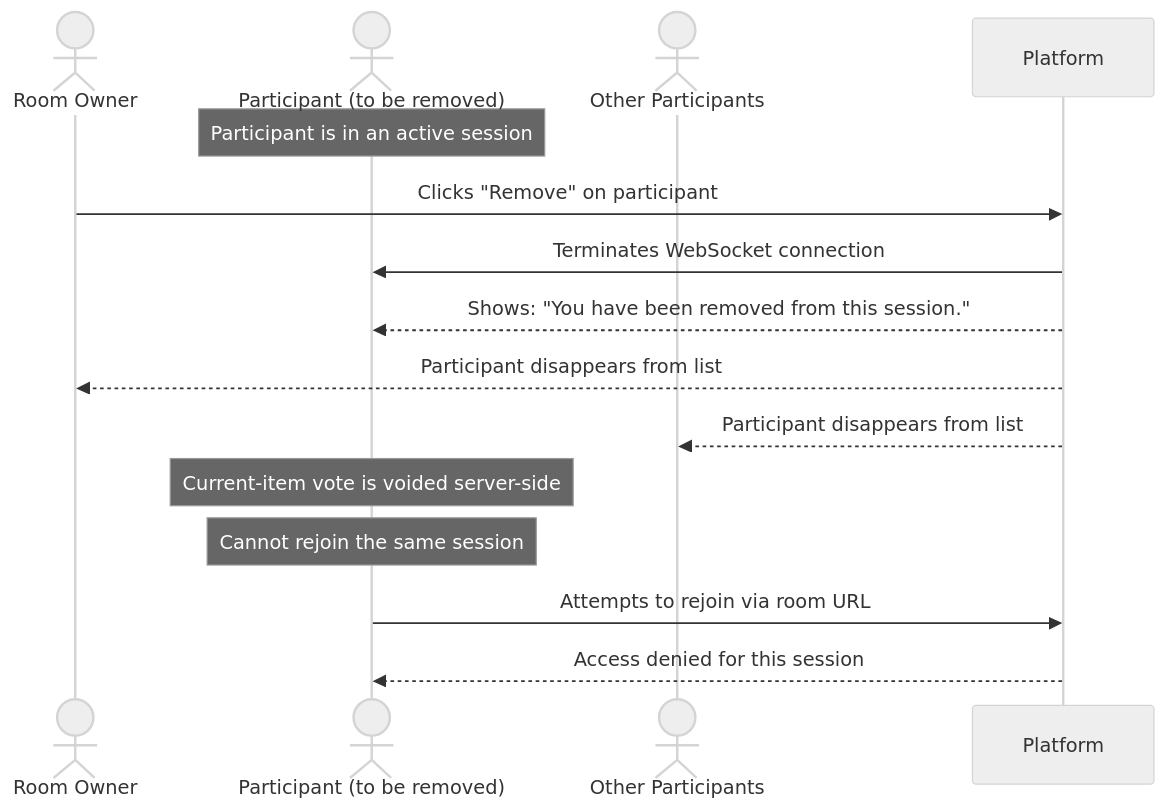
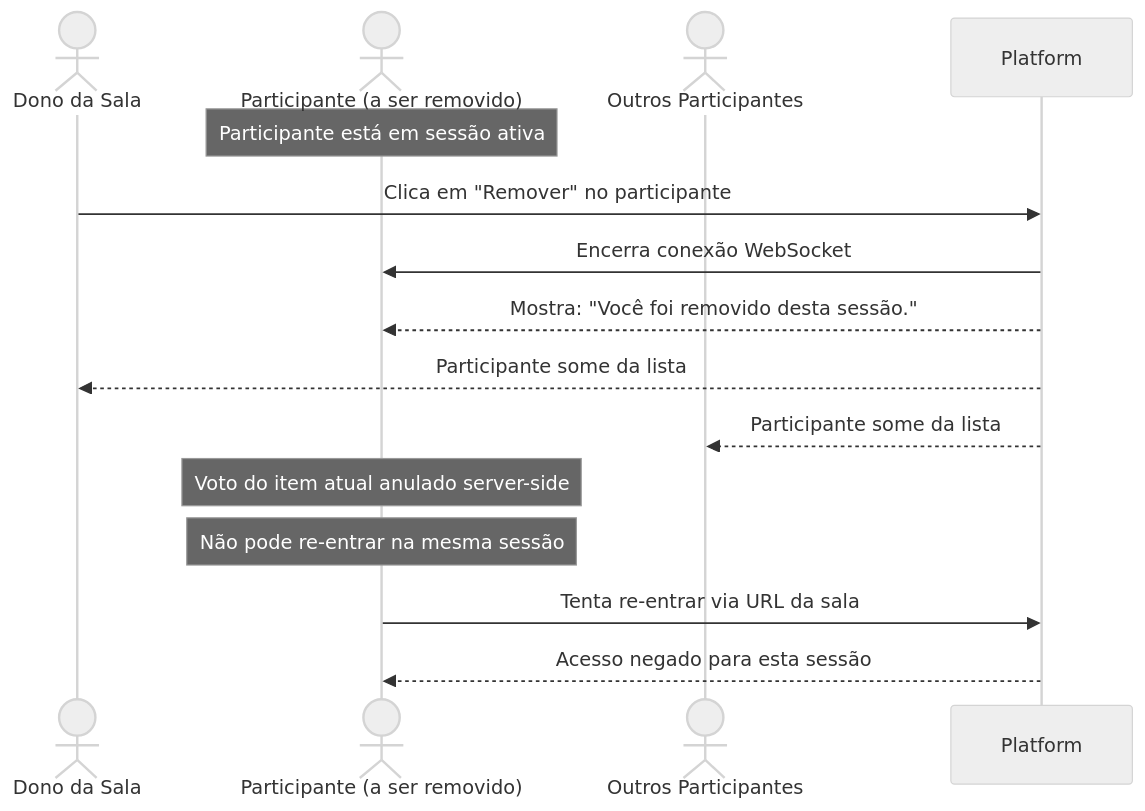
One commit to hugo-hsbtech/teamwork-process changed the fifth of 7 diagrams in case-poker/07.1-product-backlog-access-control.md. Above: the diagram before and after it, drawn with Mermaid (neutral theme). The commit also changed other lines of this file and 64 other files, not shown here.

````diff
--- a/case-poker/07.1-product-backlog-access-control.md
+++ b/case-poker/07.1-product-backlog-access-control.md
@@ -171,20 +171,20 @@
 ```mermaid
 sequenceDiagram
-    actor RO as Room Owner
-    actor P as Participant (to be removed)
-    actor Others as Other Participants
+    actor RO as Dono da Sala
+    actor P as Participante (a ser removido)
+    actor Others as Outros Participantes
 
-    Note over P: Participant is in an active session
+    Note over P: Participante está em sessão ativa
 
-    RO->>Platform: Clicks "Remove" on participant
-    Platform->>P: Terminates WebSocket connection
-    Platform-->>P: Shows: "You have been removed from this session."
-    Platform-->>RO: Participant disappears from list
-    Platform-->>Others: Participant disappears from list
+    RO->>Platform: Clica em "Remover" no participante
+    Platform->>P: Encerra conexão WebSocket
+    Platform-->>P: Mostra: "Você foi removido desta sessão."
+    Platform-->>RO: Participante some da lista
+    Platform-->>Others: Participante some da lista
 
-    Note over P: Current-item vote is voided server-side
-    Note over P: Cannot rejoin the same session
+    Note over P: Voto do item atual anulado server-side
+    Note over P: Não pode re-entrar na mesma sessão
 
-    P->>Platform: Attempts to rejoin via room URL
-    Platform-->>P: Access denied for this session
+    P->>Platform: Tenta re-entrar via URL da sala
+    Platform-->>P: Acesso negado para esta sessão
 ```
````
